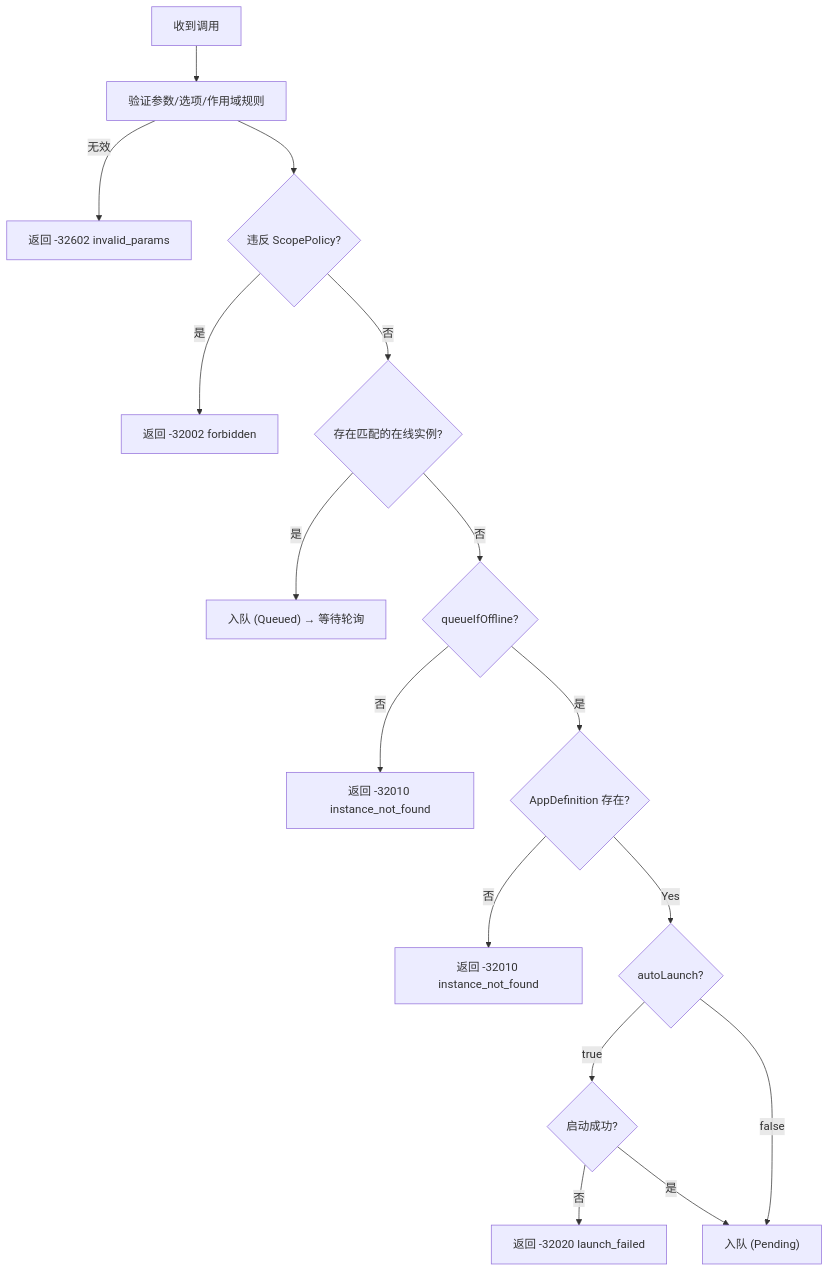
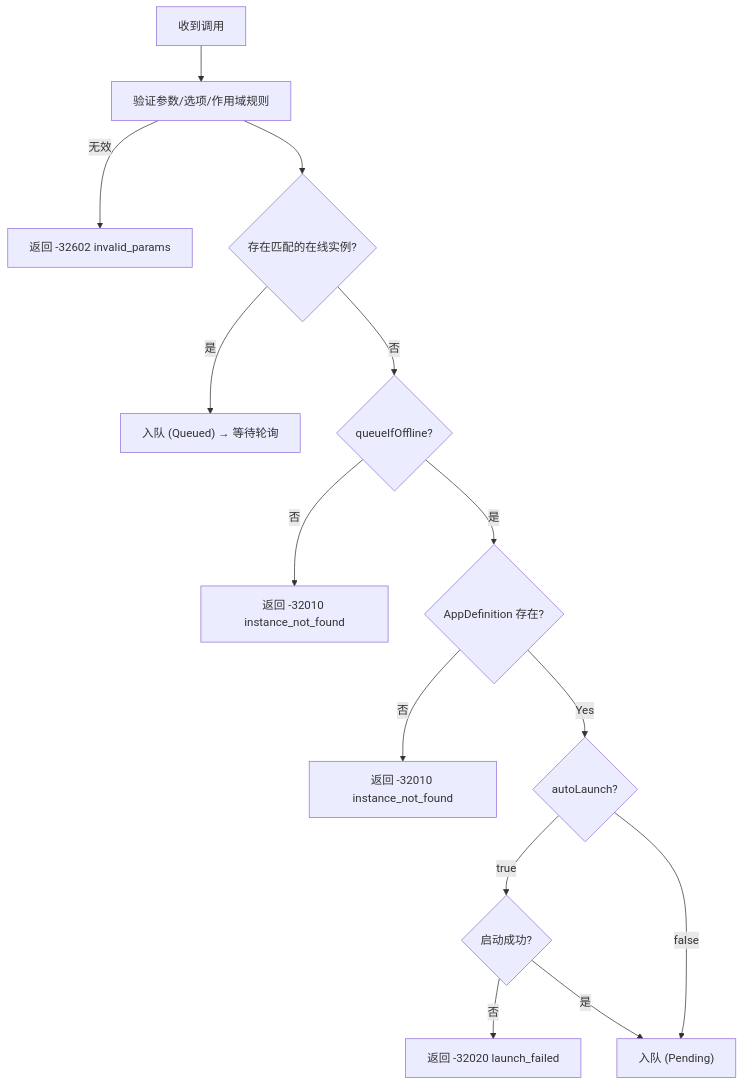
The second of 3 diagrams in docs/Spec.md (SolarianZ/DevHub), drawn with Mermaid before and after one commit. The commit also changed other lines of this file and 4 other files, not shown here.

````diff
--- a/docs/Spec.md
+++ b/docs/Spec.md
@@ -820,18 +815,16 @@
 ```mermaid
 flowchart TD
     A[收到调用] --> B[验证参数/选项/作用域规则]
     B -->|无效| X[返回 -32602 invalid_params]
-    B --> C{违反 ScopePolicy?}
-    C -->|是| D[返回 -32002 forbidden]
-    C -->|否| E{存在匹配的在线实例?}
+    B --> E{存在匹配的在线实例?}
     E -->|是| F["入队 (Queued) → 等待轮询"]
     E -->|否| G{queueIfOffline?}
     G -->|否| H[返回 -32010 instance_not_found]
     G -->|是| CheckDef{AppDefinition 存在?}
     CheckDef -->|否| H2[返回 -32010 instance_not_found]
     CheckDef -->|Yes| I{autoLaunch?}
     I -->|true| L{启动成功?}
     L -->|否| M[返回 -32020 launch_failed]
     L -->|是| N["入队 (Pending)"]
     I -->|false| N["入队 (Pending)"]
 ```
````
